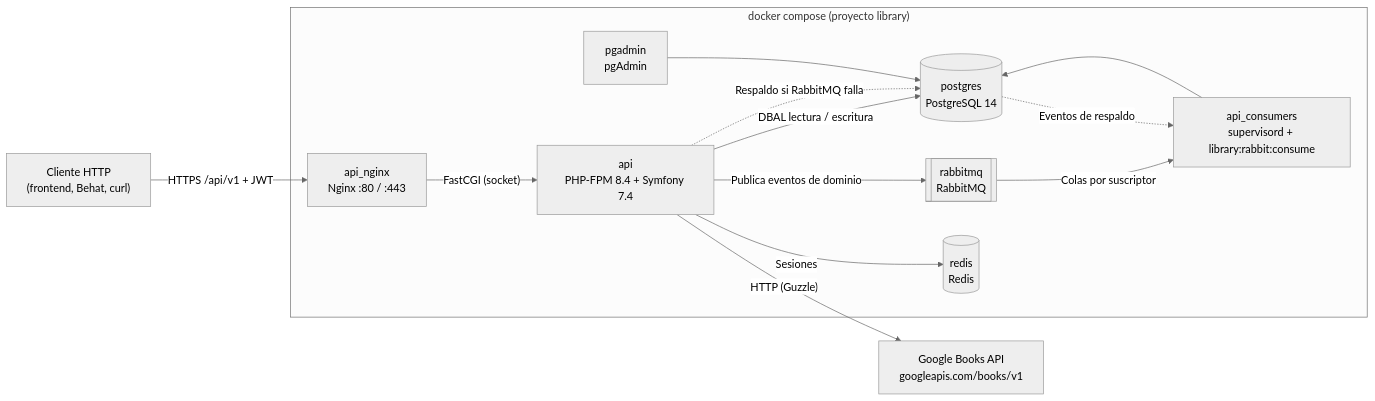
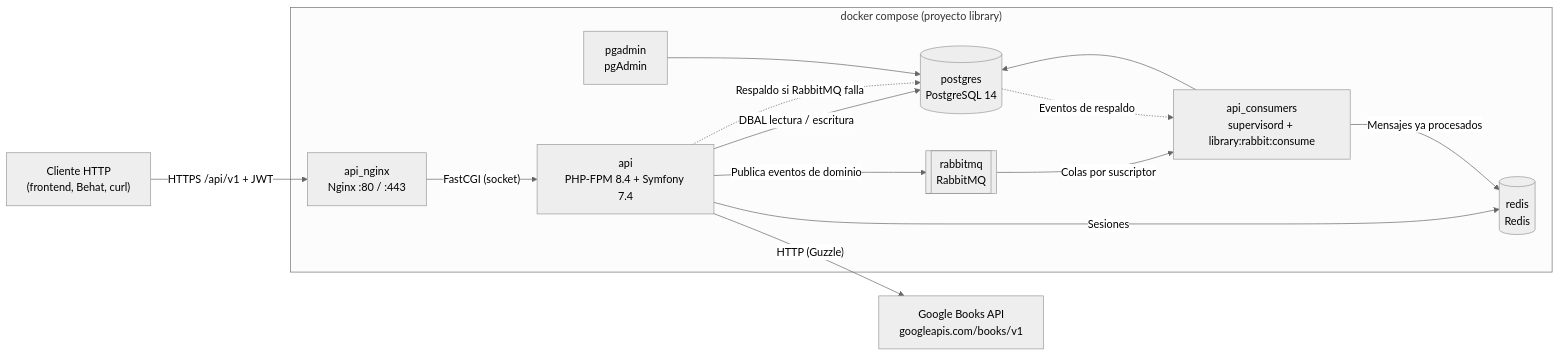
Before and after one commit to colybri/library: the diagram in apps/api/README.md, drawn with Mermaid (neutral theme). The commit also changed other lines of this file and 6 other files, not shown here.

````diff
--- a/apps/api/README.md
+++ b/apps/api/README.md
@@ -30,28 +30,29 @@
 ```mermaid
 flowchart LR
     client["Cliente HTTP<br/>(frontend, Behat, curl)"]
 
     subgraph docker["docker compose (proyecto library)"]
         nginx["api_nginx<br/>Nginx :80 / :443"]
         php["api<br/>PHP-FPM 8.4 + Symfony 7.4"]
         consumers["api_consumers<br/>supervisord + library:rabbit:consume"]
         postgres[("postgres<br/>PostgreSQL 14")]
         rabbit[["rabbitmq<br/>RabbitMQ"]]
         redis[("redis<br/>Redis")]
         pgadmin["pgadmin<br/>pgAdmin"]
     end
 
     google["Google Books API<br/>googleapis.com/books/v1"]
 
     client -->|"HTTPS /api/v1 + JWT"| nginx
     nginx -->|"FastCGI (socket)"| php
     php -->|"DBAL lectura / escritura"| postgres
     php -->|"Publica eventos de dominio"| rabbit
     php -.->|"Respaldo si RabbitMQ falla"| postgres
     php -->|"Sesiones"| redis
     php -->|"HTTP (Guzzle)"| google
     rabbit -->|"Colas por suscriptor"| consumers
     postgres -.->|"Eventos de respaldo"| consumers
     consumers --> postgres
+    consumers -->|"Mensajes ya procesados"| redis
     pgadmin --> postgres
 ```
````
